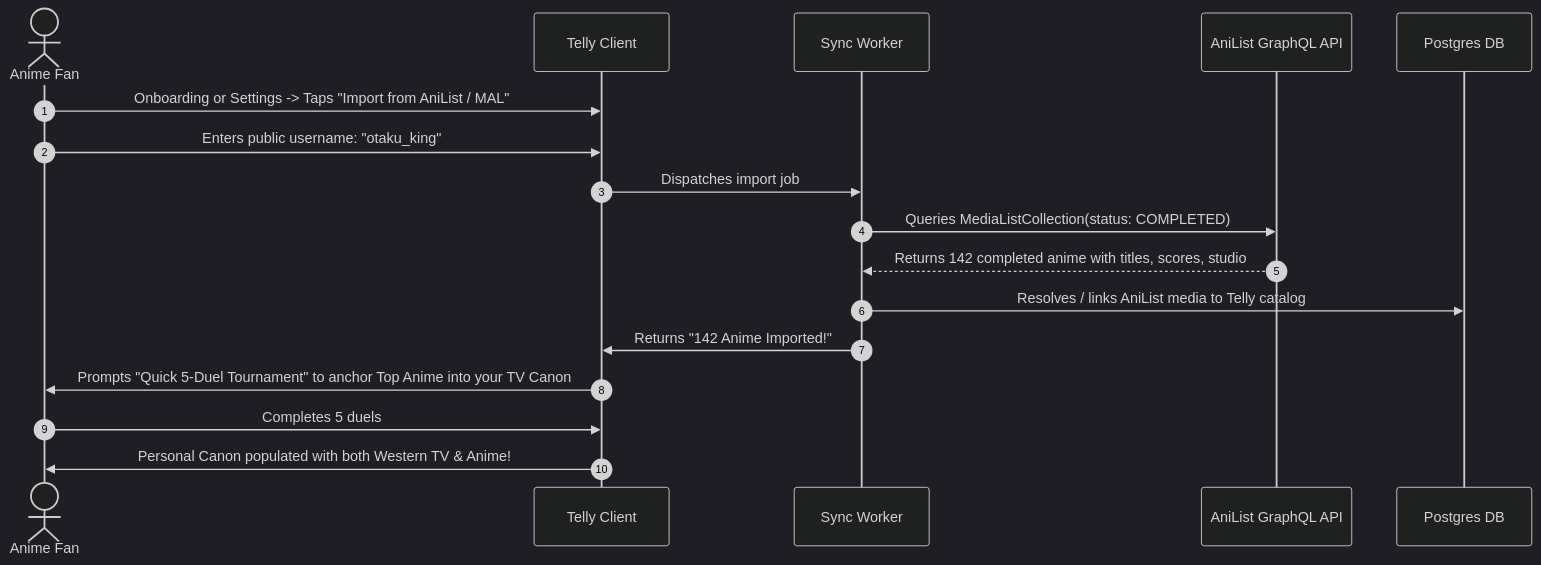
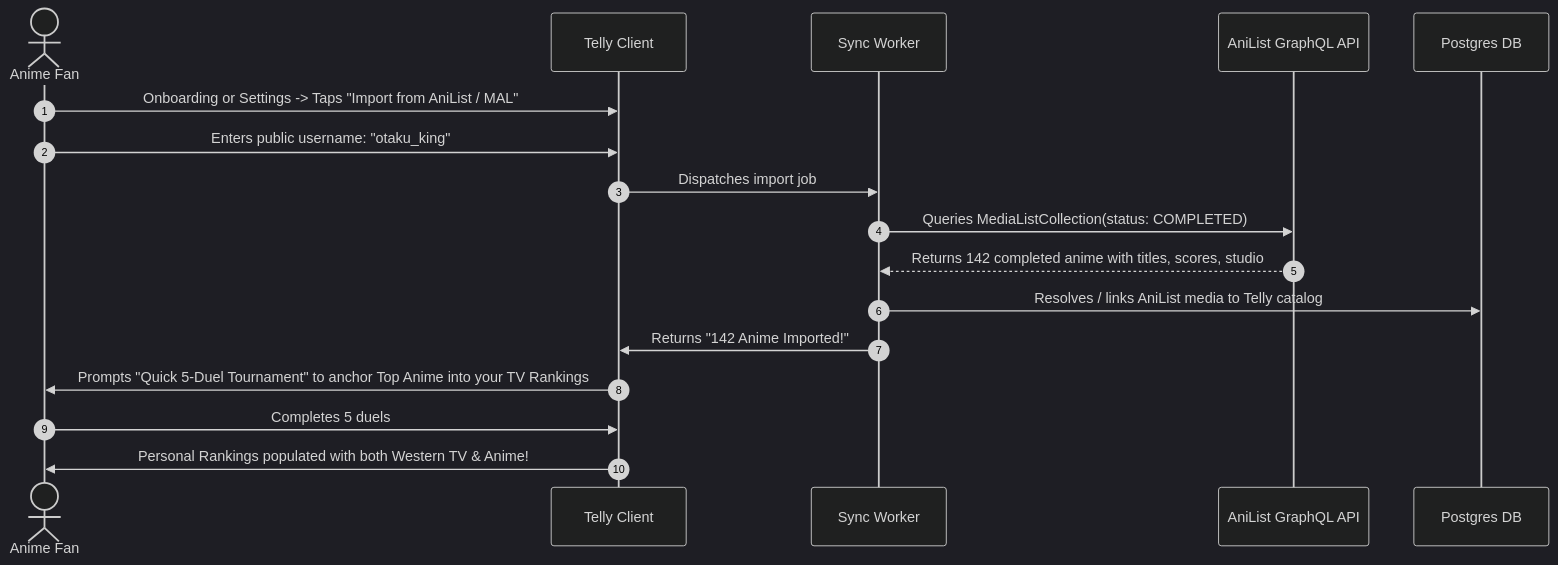
Before and after one commit to kandraos3/Telly: the diagram in docs/features/08_ANIME_INTEGRATION_AND_HYBRID_CANON.md, drawn with Mermaid (dark theme). The commit also changed 104 other files, not shown here.

First line of the commit message:
chore(copy): rename Canon to Rankings in user-facing text (#253)

````diff
--- a/docs/features/08_ANIME_INTEGRATION_AND_HYBRID_CANON.md
+++ b/docs/features/08_ANIME_INTEGRATION_AND_HYBRID_CANON.md
@@ -33,20 +33,20 @@
 ```mermaid
 sequenceDiagram
     autonumber
     actor User as Anime Fan
     participant App as Telly Client
     participant Worker as Sync Worker
     participant AniList as AniList GraphQL API
     participant DB as Postgres DB
 
     User->>App: Onboarding or Settings -> Taps "Import from AniList / MAL"
     User->>App: Enters public username: "otaku_king"
     App->>Worker: Dispatches import job
     Worker->>AniList: Queries MediaListCollection(status: COMPLETED)
     AniList-->>Worker: Returns 142 completed anime with titles, scores, studio
     Worker->>DB: Resolves / links AniList media to Telly catalog
     Worker->>App: Returns "142 Anime Imported!"
-    App->>User: Prompts "Quick 5-Duel Tournament" to anchor Top Anime into your TV Canon
+    App->>User: Prompts "Quick 5-Duel Tournament" to anchor Top Anime into your TV Rankings
     User->>App: Completes 5 duels
-    App->>User: Personal Canon populated with both Western TV & Anime!
+    App->>User: Personal Rankings populated with both Western TV & Anime!
 ```
````
